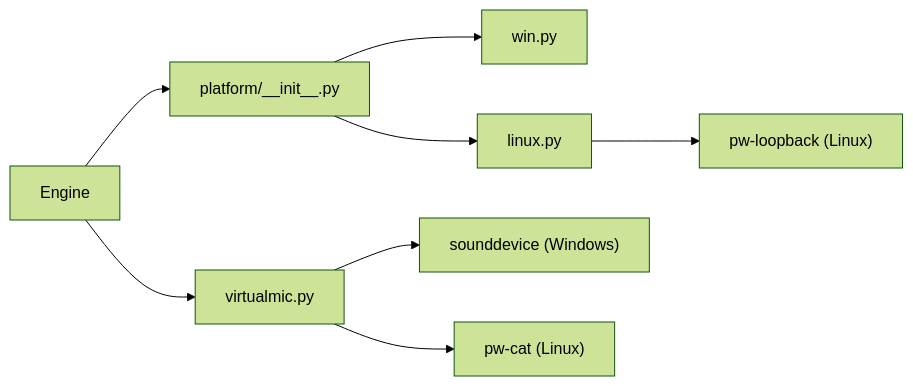
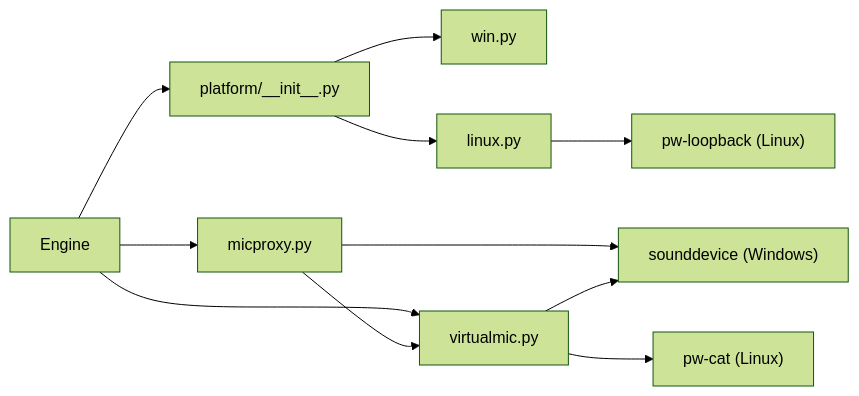
Before and after one commit to EMeowAGENT/vrchat-livetranslate: the ninth of 11 diagrams in .qoder/repowiki/zh/content/输出分发系统/虚拟麦克风.md, drawn with Mermaid (forest theme). The commit also changed other lines of this file and 75 other files, not shown here.

````diff
--- a/.qoder/repowiki/zh/content/输出分发系统/虚拟麦克风.md
+++ b/.qoder/repowiki/zh/content/输出分发系统/虚拟麦克风.md
@@ -293,10 +371,13 @@
 ```mermaid
 graph LR
 Engine["Engine"] --> Platform["platform/__init__.py"]
 Platform --> Win["win.py"]
 Platform --> Lin["linux.py"]
 Engine --> VM["virtualmic.py"]
-VM --> SD["sounddevice (Windows)"]
+Engine --> Proxy["micproxy.py"]
+Proxy --> VM
+Proxy --> SD["sounddevice (Windows)"]
+VM --> SD
 VM --> PWcat["pw-cat (Linux)"]
 Lin --> PWloop["pw-loopback (Linux)"]
 ```
````
